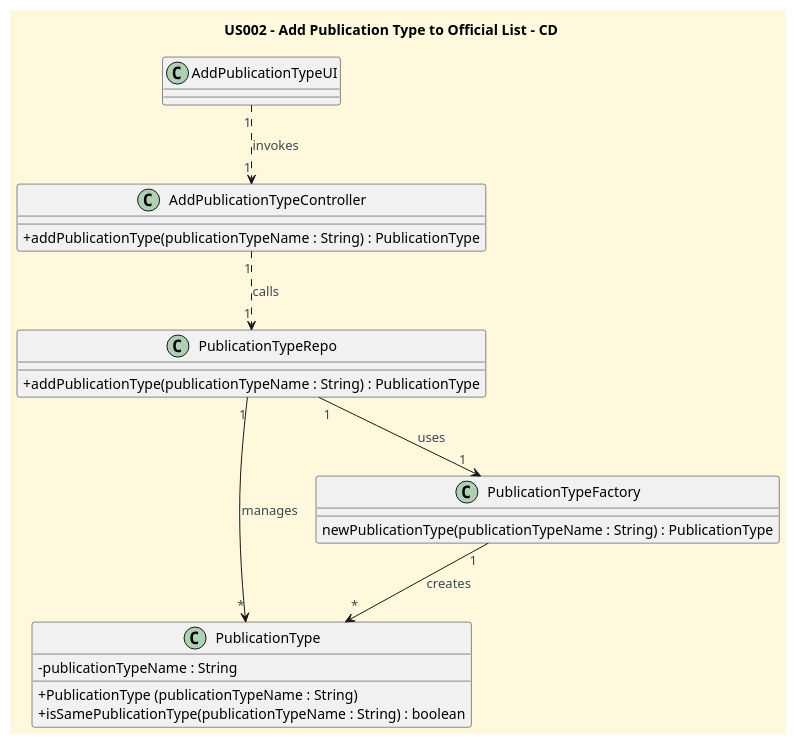
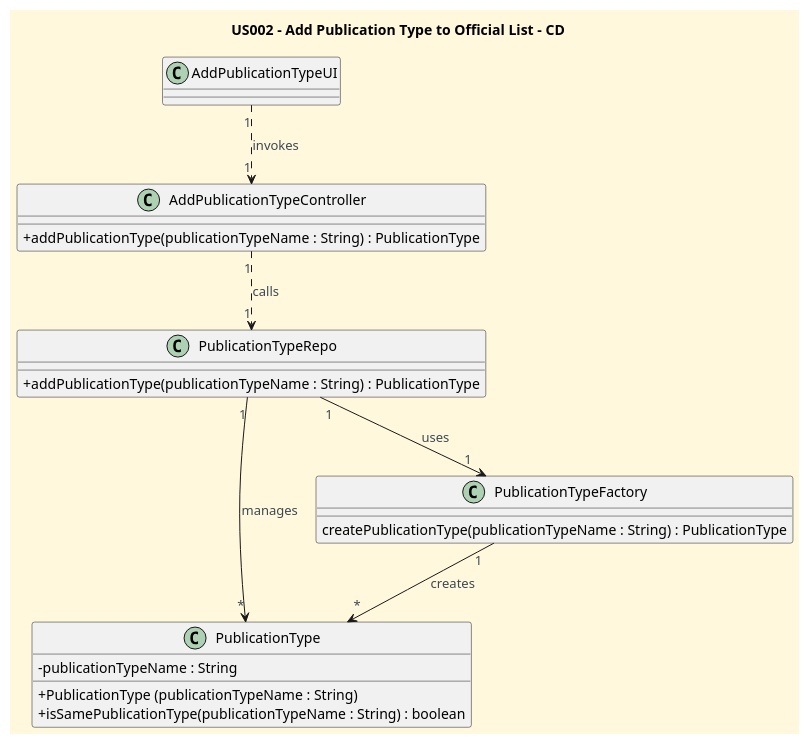
Before and after one commit to CarolinaLeite-collab/JavaMarketplacePlatform: the diagram in docs/userStories/US002/US002_add_a_new_publication_type_CD.puml, drawn with PlantUML. The commit also changed 2 other files, not shown here.

Commit message:
#98 - corrected Factory method name on SDs and CD

```diff
--- a/docs/userStories/US002/US002_add_a_new_publication_type_CD.puml
+++ b/docs/userStories/US002/US002_add_a_new_publication_type_CD.puml
@@ -1,50 +1,50 @@
 @startuml
 title US002 - Add Publication Type to Official List - CD
 
 skinparam monochrome false
 skinparam shadowing false
 skinparam defaultFontName Futura
 skinparam objectFontSize 20
 skinparam backgroundColor CornSilk
 skinparam objectBackgroundColor WhiteSmoke
 skinparam noteBackgroundColor #FFFFE0
 skinparam ArrowFontColor #3B4953
 skinparam ActivationBackgroundColor black
 skinparam classAttributeIconSize 0
 
 ' ===== UI =====
 class AddPublicationTypeUI
 
 ' ===== ENTITY =====
 class PublicationType {
   - publicationTypeName : String
   + PublicationType (publicationTypeName : String)
   + isSamePublicationType(publicationTypeName : String) : boolean
 }
 
 ' ===== FACTORY =====
 
 class PublicationTypeFactory {
-  newPublicationType(publicationTypeName : String) : PublicationType
+  createPublicationType(publicationTypeName : String) : PublicationType
 }
 
 ' ===== REPOSITORY =====
 class PublicationTypeRepo {
   + addPublicationType(publicationTypeName : String) : PublicationType
 }
 
 ' ===== CONTROLLER =====
 class AddPublicationTypeController {
 '  - ptr : PublicationTypeRepo
 '  + createPublicationTypeController(repo : PublicationTypeRepo)
   + addPublicationType(publicationTypeName : String) : PublicationType
 }
 
 ' ===== RELATIONSHIPS =====
 AddPublicationTypeUI "1" ..> "1" AddPublicationTypeController: invokes
 AddPublicationTypeController "1" ..> "1" PublicationTypeRepo: calls
 PublicationTypeRepo "1" --> "1" PublicationTypeFactory: uses
 PublicationTypeFactory "1" --> "*" PublicationType: creates
 PublicationTypeRepo "1"--> "*" PublicationType: manages
 
 @enduml
```
